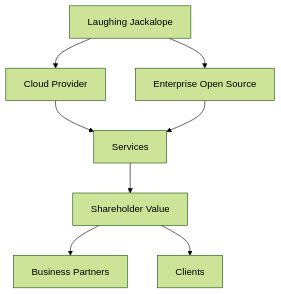
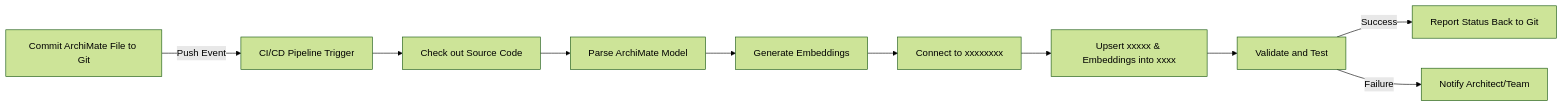
One commit to LaughingJackalope/LaughingJackalope changed the diagram in README.md. Above: the diagram before and after it, drawn with Mermaid (forest theme). The commit also changed other lines of this file, not shown here.

````diff
--- a/README.md
+++ b/README.md
@@ -13,12 +3,14 @@
 ```mermaid
-graph TD;
-    A[Laughing Jackalope] --> B[Cloud Provider];
-    A --> C[Enterprise Open Source];
-    B --> D[Services];
-    C --> D;
-    D --> E[Shareholder Value];
-    E --> F[Business Partners];
-    E --> G[Clients];
+flowchart LR
 
+A[Commit ArchiMate File to Git] -->|Push Event| B[CI/CD Pipeline Trigger]
+B --> C[Check out Source Code]
+C --> D[Parse ArchiMate Model]
+D --> E[Generate Embeddings]
+E --> F[Connect to xxxxxxxx ]
+F --> G[Upsert xxxxx & Embeddings into xxxx]
+G --> H[Validate and Test]
+H -->|Success| I[Report Status Back to Git]
+H -->|Failure| J[Notify Architect/Team]
 
 ```
````
